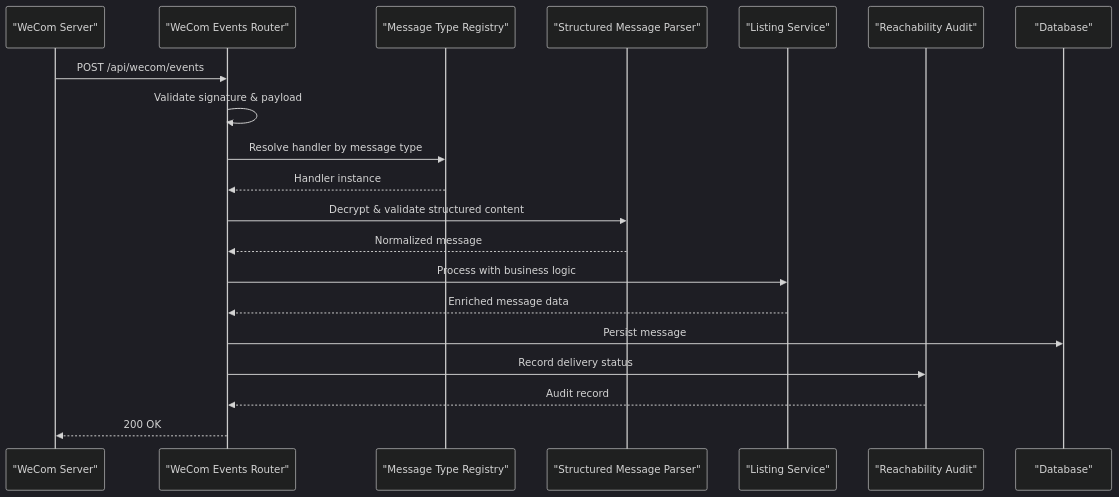
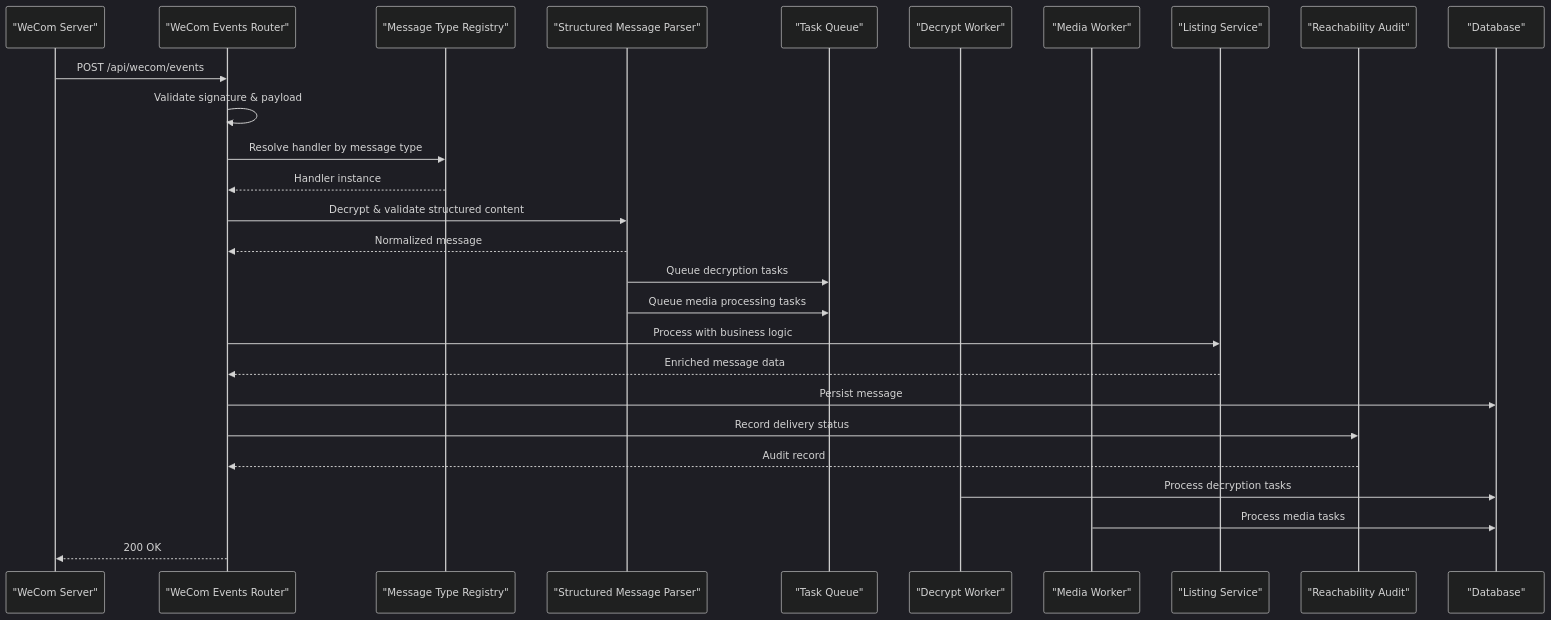
One commit to zuohaisu/wecom-archive changed the second of 5 diagrams in .qoder/repowiki/en/content/Architecture/Message Processing Pipeline/Message Processing Pipeline.md. Above: the diagram before and after it, drawn with Mermaid (dark theme). The commit also changed other lines of this file and 90 other files, not shown here.

````diff
--- a/.qoder/repowiki/en/content/Architecture/Message Processing Pipeline/Message Processing Pipeline.md
+++ b/.qoder/repowiki/en/content/Architecture/Message Processing Pipeline/Message Processing Pipeline.md
@@ -131,22 +148,29 @@
 ```mermaid
 sequenceDiagram
 participant Client as "WeCom Server"
 participant Router as "WeCom Events Router"
 participant Registry as "Message Type Registry"
 participant Parser as "Structured Message Parser"
+participant Queue as "Task Queue"
+participant DecryptWorker as "Decrypt Worker"
+participant MediaWorker as "Media Worker"
 participant Listing as "Listing Service"
 participant Audit as "Reachability Audit"
 participant DB as "Database"
 Client->>Router : POST /api/wecom/events
 Router->>Router : Validate signature & payload
 Router->>Registry : Resolve handler by message type
 Registry-->>Router : Handler instance
 Router->>Parser : Decrypt & validate structured content
 Parser-->>Router : Normalized message
+Parser->>Queue : Queue decryption tasks
+Parser->>Queue : Queue media processing tasks
 Router->>Listing : Process with business logic
 Listing-->>Router : Enriched message data
 Router->>DB : Persist message
 Router->>Audit : Record delivery status
 Audit-->>Router : Audit record
+DecryptWorker->>DB : Process decryption tasks
+MediaWorker->>DB : Process media tasks
 Router-->>Client : 200 OK
 ```
````
